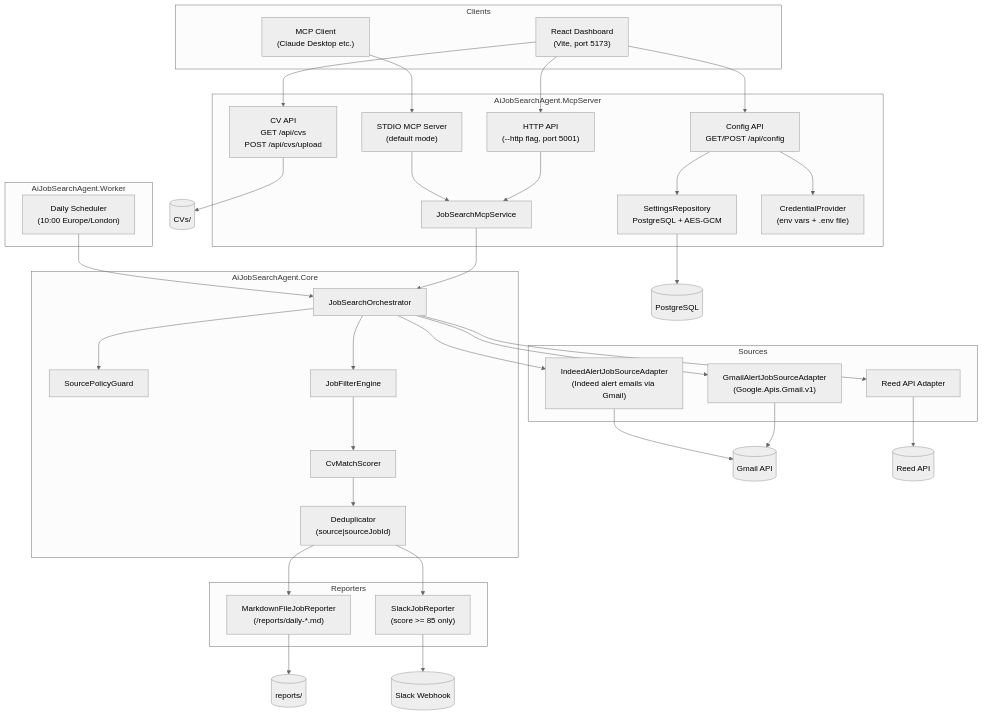
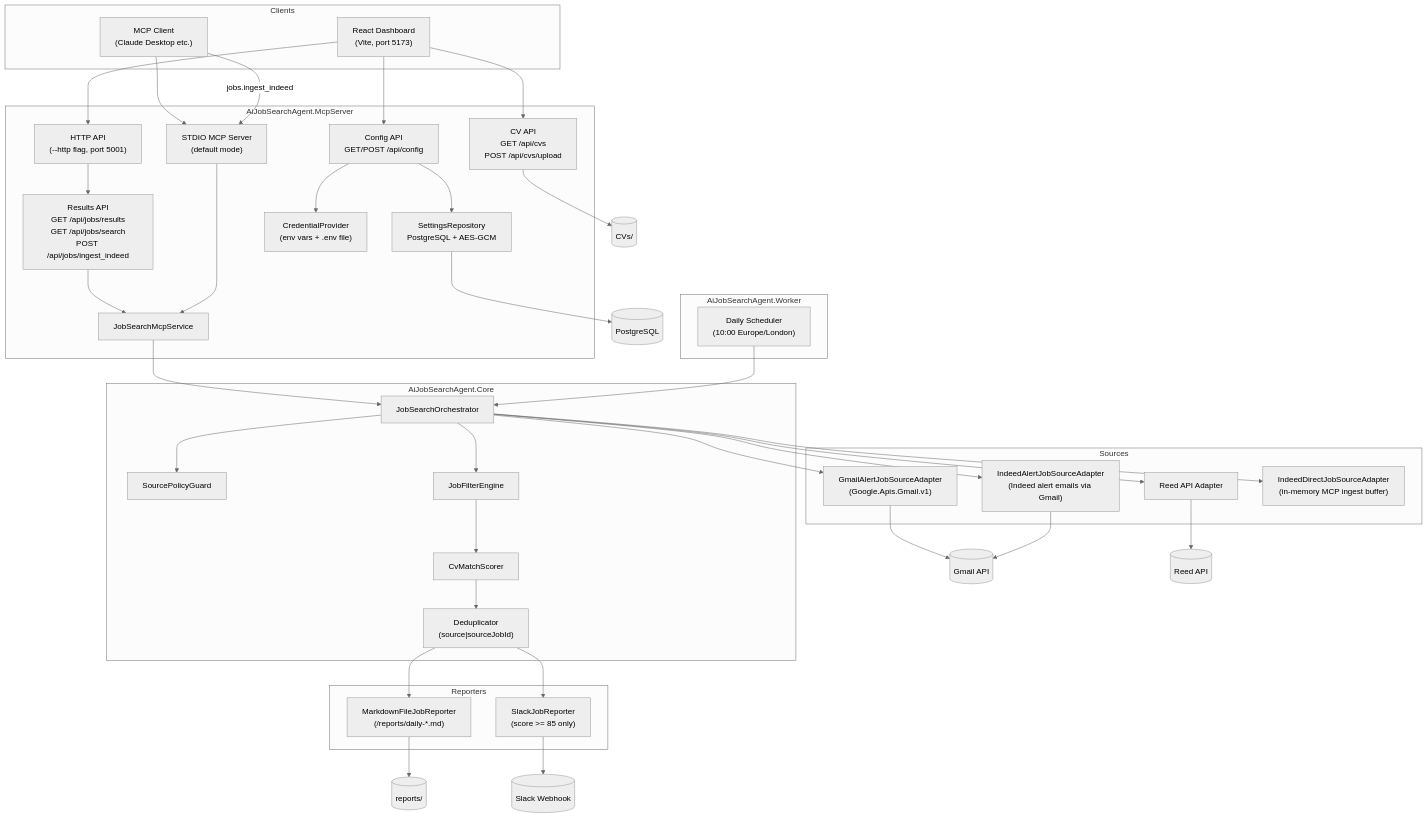
Before and after one commit to ekanatha-urivakili/AiJobSearchAgent: the first of 4 diagrams in README.md, drawn with Mermaid (neutral theme). The commit also changed other lines of this file and 5 other files, not shown here.

````diff
--- a/README.md
+++ b/README.md
@@ -24,69 +26,74 @@
 ```mermaid
 flowchart TD
     subgraph Clients
         WebUI["React Dashboard\n(Vite, port 5173)"]
         McpClient["MCP Client\n(Claude Desktop etc.)"]
     end
 
     subgraph McpServer["AiJobSearchAgent.McpServer"]
         HttpApi["HTTP API\n(--http flag, port 5001)"]
         StdioMcp["STDIO MCP Server\n(default mode)"]
         McpService["JobSearchMcpService"]
+        ResultApi["Results API\nGET /api/jobs/results\nGET /api/jobs/search\nPOST /api/jobs/ingest_indeed"]
         ConfigApi["Config API\nGET/POST /api/config"]
         CvsApi["CV API\nGET /api/cvs\nPOST /api/cvs/upload"]
         SettingsRepo["SettingsRepository\nPostgreSQL + AES-GCM"]
         CredProvider["CredentialProvider\n(env vars + .env file)"]
     end
 
     subgraph Core["AiJobSearchAgent.Core"]
         Orchestrator["JobSearchOrchestrator"]
         PolicyGuard["SourcePolicyGuard"]
         FilterEngine["JobFilterEngine"]
         Scorer["CvMatchScorer"]
         Dedup["Deduplicator\n(source|sourceJobId)"]
     end
 
     subgraph Sources
         ReedAdapter["Reed API Adapter"]
         GmailAdapter["GmailAlertJobSourceAdapter\n(Google.Apis.Gmail.v1)"]
         IndeedAdapter["IndeedAlertJobSourceAdapter\n(Indeed alert emails via Gmail)"]
+        IndeedDirect["IndeedDirectJobSourceAdapter\n(in-memory MCP ingest buffer)"]
     end
 
     subgraph Reporters
         MdReporter["MarkdownFileJobReporter\n(/reports/daily-*.md)"]
         SlackReporter["SlackJobReporter\n(score >= 85 only)"]
     end
 
     subgraph Worker["AiJobSearchAgent.Worker"]
         Scheduler["Daily Scheduler\n(10:00 Europe/London)"]
     end
 
     WebUI --> HttpApi
     McpClient --> StdioMcp
     WebUI --> ConfigApi
     WebUI --> CvsApi
-    HttpApi --> McpService
+    HttpApi --> ResultApi
+    ResultApi --> McpService
     StdioMcp --> McpService
     McpService --> Orchestrator
     Scheduler --> Orchestrator
     ConfigApi --> CredProvider
     ConfigApi --> SettingsRepo
     CvsApi --> CvFolder[("CVs/")]
 
     Orchestrator --> PolicyGuard
     Orchestrator --> ReedAdapter
     Orchestrator --> GmailAdapter
     Orchestrator --> IndeedAdapter
+    Orchestrator --> IndeedDirect
     Orchestrator --> FilterEngine
     FilterEngine --> Scorer
     Scorer --> Dedup
     Dedup --> MdReporter
     Dedup --> SlackReporter
 
     GmailAdapter --> Gmail[("Gmail API")]
     IndeedAdapter --> Gmail
+    McpClient -- "jobs.ingest_indeed" --> StdioMcp
     ReedAdapter --> ReedAPI[("Reed API")]
     SlackReporter --> Slack[("Slack Webhook")]
     MdReporter --> Reports[("reports/")]
     SettingsRepo --> Postgres[("PostgreSQL")]
 ```
````
